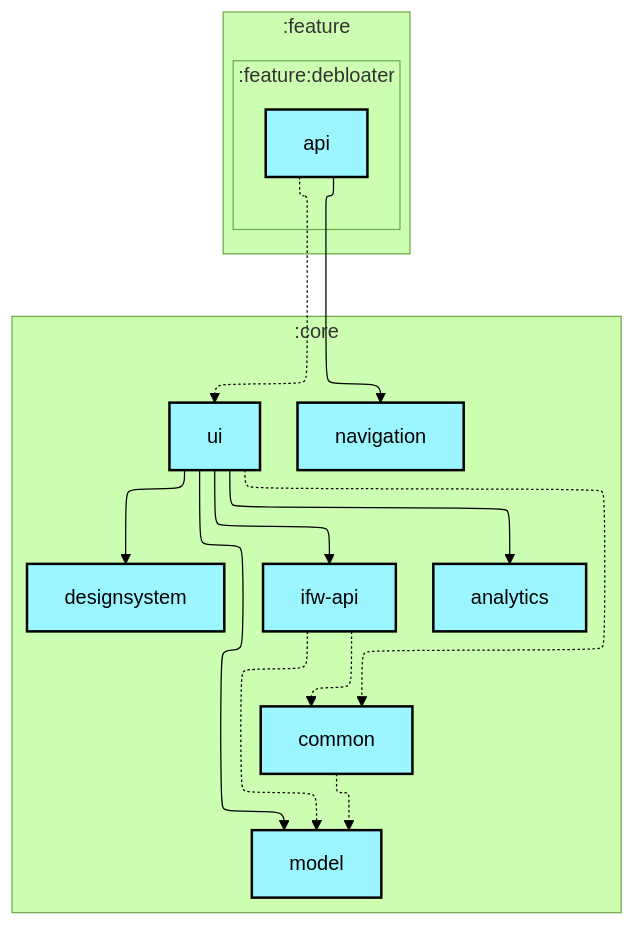
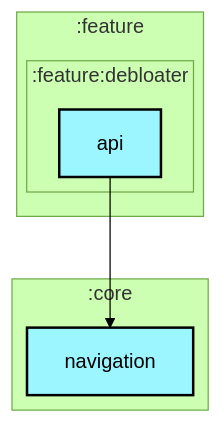
Before and after one commit to lihenggui/blocker: the first of 2 diagrams in feature/debloater/api/README.md, drawn with Mermaid (forest theme). The commit also changed 29 other files, not shown here.

First line of the commit message:
Update module dependency graphs after boundary cleanup

````diff
--- a/feature/debloater/api/README.md
+++ b/feature/debloater/api/README.md
@@ -6,44 +6,29 @@
 ```mermaid
 ---
 config:
   layout: elk
   elk:
     nodePlacementStrategy: SIMPLE
 ---
 graph TB
   subgraph :feature
     direction TB
     subgraph :feature:debloater
       direction TB
       :feature:debloater:api[api]:::android-library
     end
   end
   subgraph :core
     direction TB
-    :core:analytics[analytics]:::android-library
-    :core:common[common]:::android-library
-    :core:designsystem[designsystem]:::android-library
-    :core:ifw-api[ifw-api]:::android-library
-    :core:model[model]:::android-library
     :core:navigation[navigation]:::android-library
-    :core:ui[ui]:::android-library
   end
 
-  :core:common -.-> :core:model
-  :core:ifw-api -.-> :core:common
-  :core:ifw-api -.-> :core:model
-  :core:ui --> :core:analytics
-  :core:ui -.-> :core:common
-  :core:ui --> :core:designsystem
-  :core:ui --> :core:ifw-api
-  :core:ui --> :core:model
   :feature:debloater:api --> :core:navigation
-  :feature:debloater:api -.-> :core:ui
 
 classDef android-application fill:#CAFFBF,stroke:#000,stroke-width:2px,color:#000;
 classDef android-feature fill:#FFD6A5,stroke:#000,stroke-width:2px,color:#000;
 classDef android-library fill:#9BF6FF,stroke:#000,stroke-width:2px,color:#000;
 classDef android-test fill:#A0C4FF,stroke:#000,stroke-width:2px,color:#000;
 classDef jvm-library fill:#BDB2FF,stroke:#000,stroke-width:2px,color:#000;
 classDef unknown fill:#FFADAD,stroke:#000,stroke-width:2px,color:#000;
 ```
````
